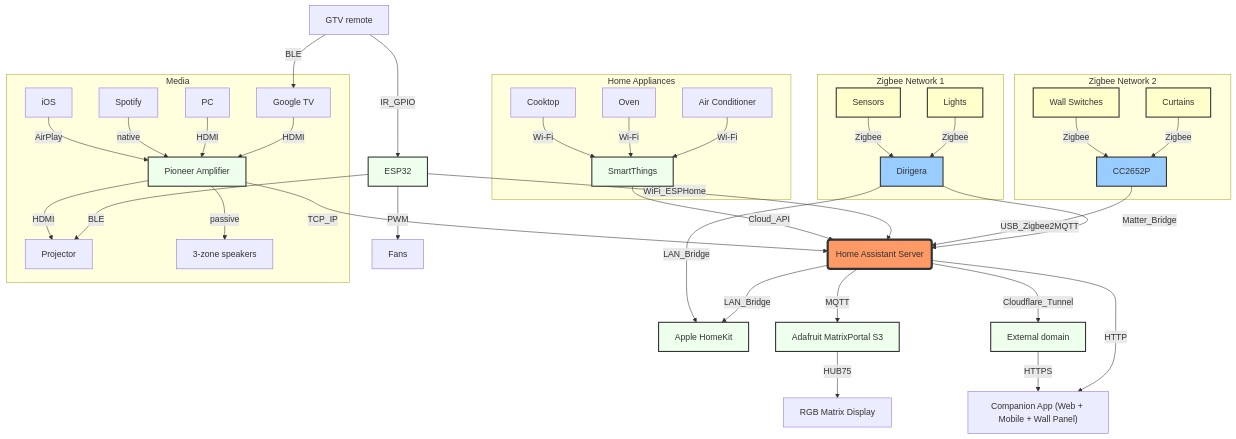
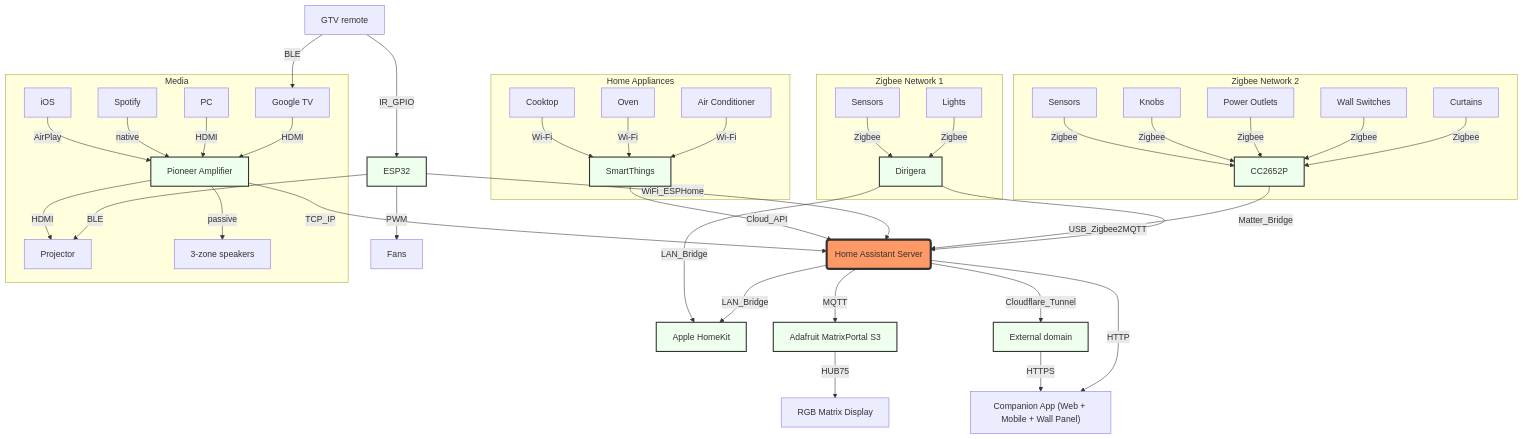
One commit to skdw/home-assistant-config changed the diagram in README.md. Above: the diagram before and after it, drawn with Mermaid. The commit also changed other lines of this file and 7 other files, not shown here.

````diff
--- a/README.md
+++ b/README.md
@@ -12,73 +12,73 @@
 ```mermaid
 graph TD
     %% Define styles for different device types
     classDef server fill:#f96,stroke:#333,stroke-width:4px;
-    classDef coordinator fill:#9CF,stroke:#333,stroke-width:2px;
-    classDef zigbee_device fill:#FFC,stroke:#333,stroke-width:2px;
     classDef integration fill:#EFE,stroke:#333,stroke-width:2px;
 
     %% --- Node Definitions ---
     S(Home Assistant Server)
 
 
     %% --- Connections to Coordinators/Devices ---
     subgraph "Zigbee Network 1"
       Dirigera
       Lights --Zigbee--> Dirigera
       Sensors --Zigbee--> Dirigera
     end
     subgraph "Zigbee Network 2"
+      CC2652P
       Curtains --Zigbee--> CC2652P
       WS["Wall Switches"] --Zigbee--> CC2652P
+      PO["Power Outlets"] --Zigbee--> CC2652P
+      KN["Knobs"] --Zigbee--> CC2652P
+      S1["Sensors"] --Zigbee--> CC2652P
     end
     
     IR["GTV remote"] --IR_GPIO--> ESP32
     ESP32 --PWM--> Fans
     ESP32 --BLE--> Pr
     IR --BLE--> GTV
  
     %% --- Media connections ---
     subgraph "Media"
       GTV["Google TV"] --HDMI--> Onkyo
       PC["PC"] --HDMI--> Onkyo
       Spotify --native--> Onkyo
       iOS --AirPlay--> Onkyo
       Onkyo --passive--> SP["3-zone speakers"]
       Onkyo --HDMI--> Pr["Projector"]
     end
 
     %% --- Connections to SmartThings ---
     subgraph "Home Appliances"
       AC["Air Conditioner"] --Wi-Fi--> SM
       Oven --Wi-Fi--> SM
       Cooktop --Wi-Fi--> SM
     end   
 
     %% --- Connections to Server ---
     Dirigera --Matter_Bridge--> S
     CC2652P --USB_Zigbee2MQTT--> S
     ESP32 --WiFi_ESPHome--> S
     SM["SmartThings"] --Cloud_API--> S
     Onkyo["Pioneer Amplifier"] --TCP_IP--> S
     
     %% --- Connections from Server ---
     S --LAN_Bridge--> AH["Apple HomeKit"]
     S --Cloudflare_Tunnel--> I["External domain"]
     S --MQTT--> MP["Adafruit MatrixPortal S3"]
     
     %% Output
     Dirigera --LAN_Bridge--> AH
     MP --HUB75--> RGB["RGB Matrix Display"]
     S --HTTP--> CA["Companion App (Web + Mobile + Wall Panel)"]
     I --HTTPS--> CA
 
     %% Apply Styles
     class S server;
-    class Dirigera,CC2652P coordinator;
-    class Lights,Sensors,Curtains,WS zigbee_device;
-    class SM,Onkyo,ESP32,AH,MP,I integration;
+    class Dirigera,CC2652P,SM,Onkyo,ESP32,AH,MP,I integration;
 
     %% Add a clickable link to the server node
     %% click S "[https://www.home-assistant.io/](https://www.home-assistant.io/)" "Visit the Home Assistant Website"
 
 ```
````
